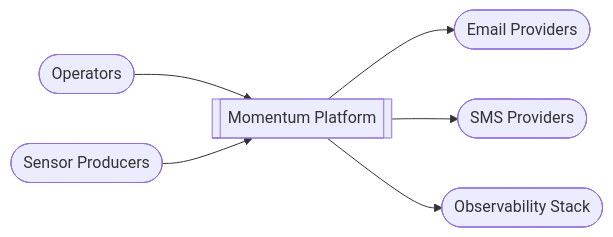
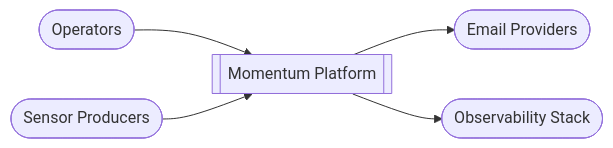
Before and after one commit to GabrieleAngeli/Momentum: the first of 4 diagrams in architecture-overview.md, drawn with Mermaid. The commit also changed other lines of this file and 9 other files, not shown here.

````diff
--- a/architecture-overview.md
+++ b/architecture-overview.md
@@ -7,8 +7,7 @@
 ```mermaid
 flowchart LR
     Operators([Operators]) --> MomentumPlatform[[Momentum Platform]]
     SensorProducers([Sensor Producers]) --> MomentumPlatform
     MomentumPlatform --> EmailProviders([Email Providers])
-    MomentumPlatform --> SMSProviders([SMS Providers])
     MomentumPlatform --> Observability([Observability Stack])
 ```
````
